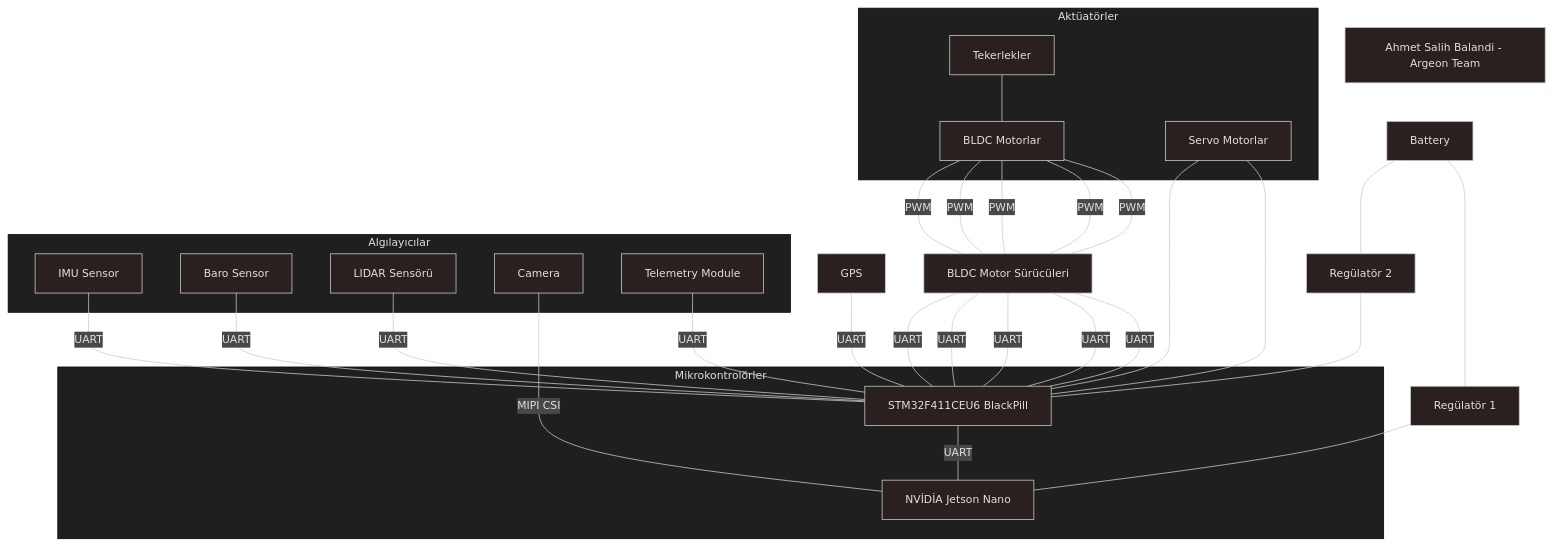
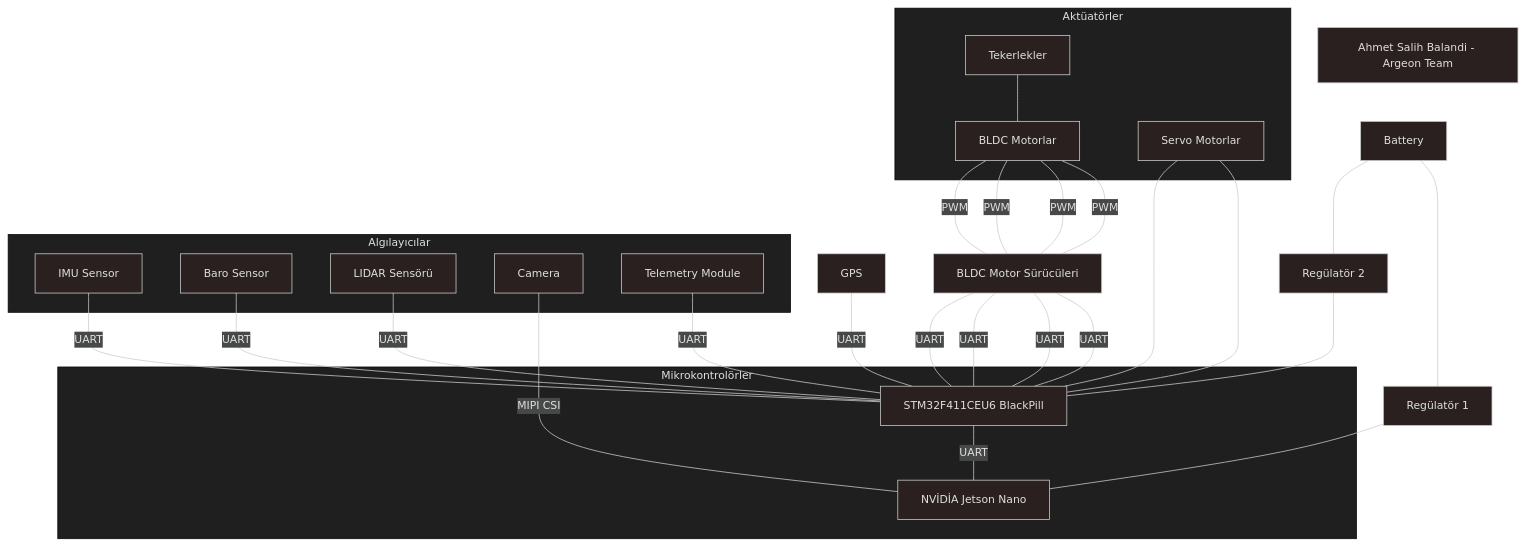
The diagram in autopilot_diagram.md (ahmetsalihbalandi/autopilot), drawn with Mermaid before and after one commit.

````diff
--- a/autopilot_diagram.md
+++ b/autopilot_diagram.md
@@ -1,38 +1,38 @@
 ```mermaid
 ---
 config:
   theme: neo-dark
 ---
 flowchart TD
  subgraph s1["Mikrokontrolörler"]
         Jetson_Nano["NVİDİA Jetson Nano"]
         STM["STM32F411CEU6 BlackPill"]
   end
  subgraph s2["Algılayıcılar"]
         IMU["IMU Sensor"]
         Baro["Baro Sensor"]
         LIDAR["LIDAR Sensörü"]
         Camera["Camera"]
         Telemetry["Telemetry Module"]
   end
  subgraph s3["Aktüatörler"]
         Motors["BLDC Motorlar"]
         sMotors["Servo Motorlar"]
 	teker["Tekerlekler"]
   end
-    teker --- Motors -- PWM --- Drivers["BLDC Motor Sürücüleri"] & Drivers & Drivers & Drivers & Drivers
-    Drivers -- UART --- STM & STM & STM & STM & STM
+    teker --- Motors -- PWM --- Drivers["BLDC Motor Sürücüleri"] & Drivers & Drivers & Drivers
+    Drivers -- UART --- STM & STM & STM & STM
     LIDAR -- UART --- STM
     IMU -- UART --- STM
     Baro -- UART --- STM
     Telemetry -- UART --- STM
     GPS -- UART --- STM
     Camera -- MIPI CSI --- Jetson_Nano
     STM -- UART --- Jetson_Nano
     Battery["Battery"] --- Regulator1["Regülatör 1"] & Regulator2["Regülatör 2"]
     Regulator1 --- Jetson_Nano
     Regulator2 --- STM
     sMotors --- STM & STM
 classDef footer fill:none,stroke:none,color:#000, font-style:italic;
 footer["Ahmet Salih Balandi - Argeon Team"]
 ```
````
